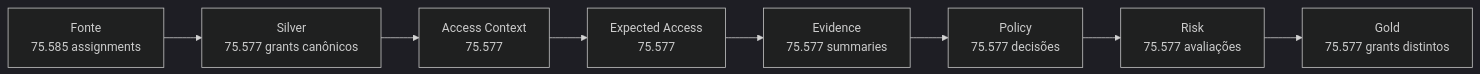
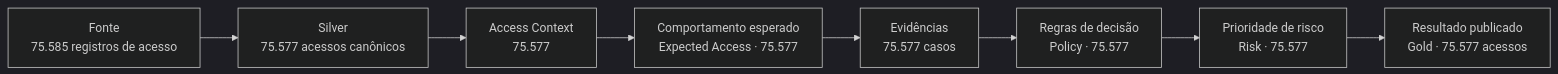
The first of 2 diagrams in docs/resultados.md (Lal3x/SoD-Plataform), drawn with Mermaid (dark theme) before and after one commit. The commit also changed other lines of this file, not shown here.

````diff
--- a/docs/resultados.md
+++ b/docs/resultados.md
@@ -30,10 +30,10 @@
 ```mermaid
 flowchart LR
-    A["Fonte<br/>75.585 assignments"] --> B["Silver<br/>75.577 grants canônicos"]
+    A["Fonte<br/>75.585 registros de acesso"] --> B["Silver<br/>75.577 acessos canônicos"]
     B --> C["Access Context<br/>75.577"]
-    C --> D["Expected Access<br/>75.577"]
-    D --> E["Evidence<br/>75.577 summaries"]
-    E --> F["Policy<br/>75.577 decisões"]
-    F --> G["Risk<br/>75.577 avaliações"]
-    G --> H["Gold<br/>75.577 grants distintos"]
+    C --> D["Comportamento esperado<br/>Expected Access · 75.577"]
+    D --> E["Evidências<br/>75.577 casos"]
+    E --> F["Regras de decisão<br/>Policy · 75.577"]
+    F --> G["Prioridade de risco<br/>Risk · 75.577"]
+    G --> H["Resultado publicado<br/>Gold · 75.577 acessos"]
 ```
````
